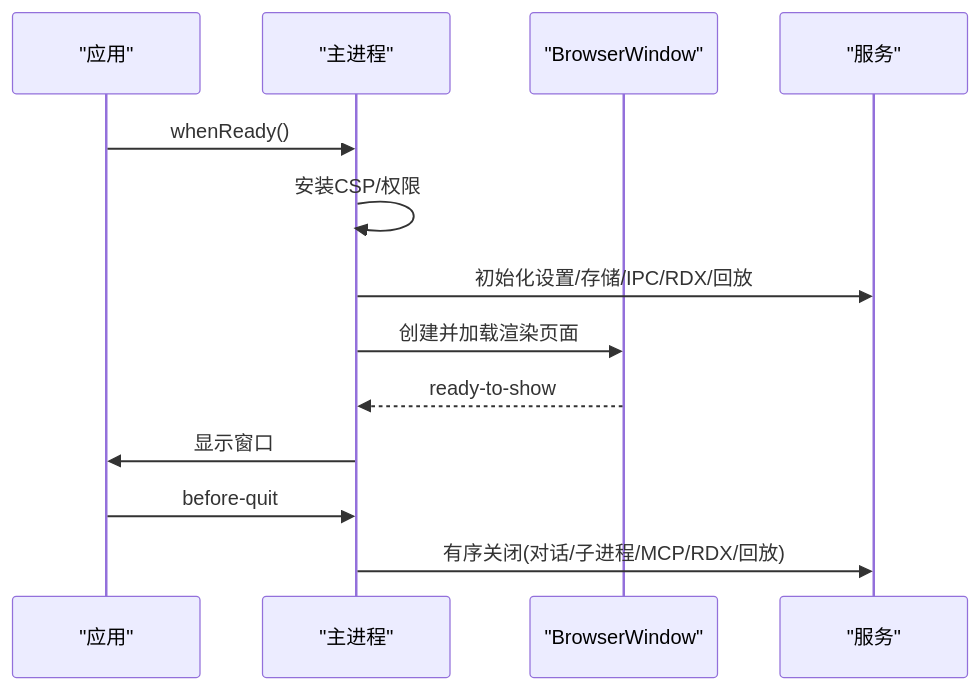
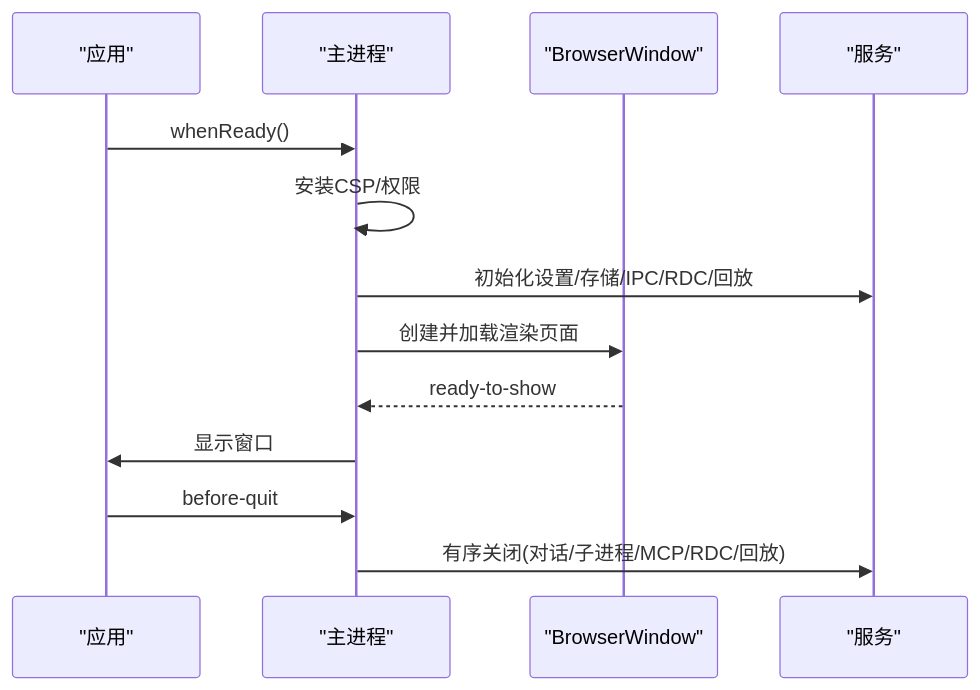
One commit to haolange/RDC-Agent changed the third of 8 diagrams in .qoder/repowiki/zh/content/项目概述.md. Above: the diagram before and after it, drawn with Mermaid. The commit also changed other lines of this file and 557 other files, not shown here.

````diff
--- a/.qoder/repowiki/zh/content/项目概述.md
+++ b/.qoder/repowiki/zh/content/项目概述.md
@@ -128,15 +128,15 @@
 ```mermaid
 sequenceDiagram
 participant App as "应用"
 participant Main as "主进程"
 participant Win as "BrowserWindow"
 participant Svc as "服务"
 App->>Main : whenReady()
 Main->>Main : 安装CSP/权限
-Main->>Svc : 初始化设置/存储/IPC/RDX/回放
+Main->>Svc : 初始化设置/存储/IPC/RDC/回放
 Main->>Win : 创建并加载渲染页面
 Win-->>Main : ready-to-show
 Main->>App : 显示窗口
 App->>Main : before-quit
-Main->>Svc : 有序关闭(对话/子进程/MCP/RDX/回放)
+Main->>Svc : 有序关闭(对话/子进程/MCP/RDC/回放)
 ```
````
